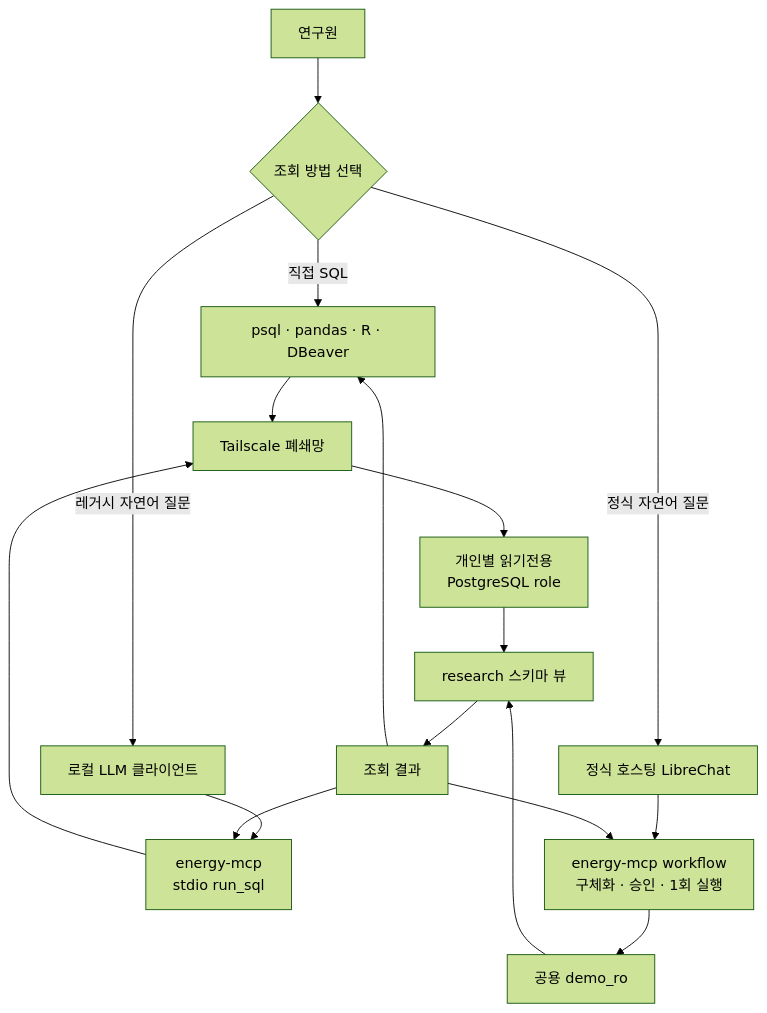
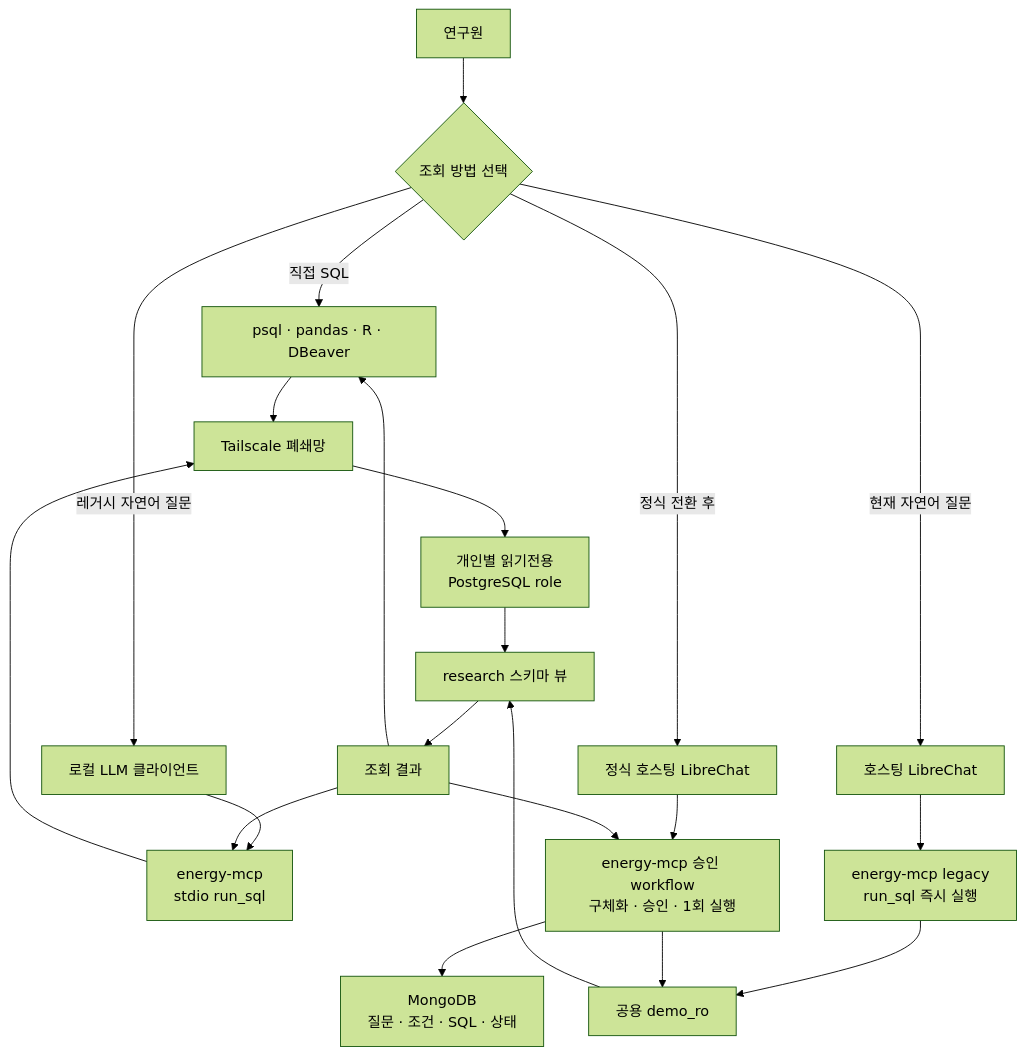
Before and after one commit to zongseung/Energy-Data-pipeline: the diagram in docs/gitbook/01-architecture.md, drawn with Mermaid (forest theme). The commit also changed other lines of this file and 7 other files, not shown here.

````diff
--- a/docs/gitbook/01-architecture.md
+++ b/docs/gitbook/01-architecture.md
@@ -8,23 +8,27 @@
 ```mermaid
 flowchart TB
     U[연구원] --> C{조회 방법 선택}
 
     C -->|직접 SQL| D[psql · pandas · R · DBeaver]
-    C -->|정식 자연어 질문| L[정식 호스팅 LibreChat]
+    C -->|현재 자연어 질문| L[호스팅 LibreChat]
+    C -->|정식 전환 후| F[정식 호스팅 LibreChat]
     C -->|레거시 자연어 질문| X[로컬 LLM 클라이언트]
 
     D --> T[Tailscale 폐쇄망]
     X --> M["energy-mcp<br/>stdio run_sql"]
     M --> T
     T --> P["개인별 읽기전용<br/>PostgreSQL role"]
 
-    L --> W["energy-mcp workflow<br/>구체화 · 승인 · 1회 실행"]
+    L --> H["energy-mcp legacy<br/>run_sql 즉시 실행"]
+    F --> W["energy-mcp 승인 workflow<br/>구체화 · 승인 · 1회 실행"]
+    W --> Q["MongoDB<br/>질문 · 조건 · SQL · 상태"]
+    H --> G[공용 demo_ro]
     W --> G[공용 demo_ro]
 
     P --> V[research 스키마 뷰]
     G --> V
     V --> R[조회 결과]
     R --> D
     R --> M
     R --> W
 ```
````
